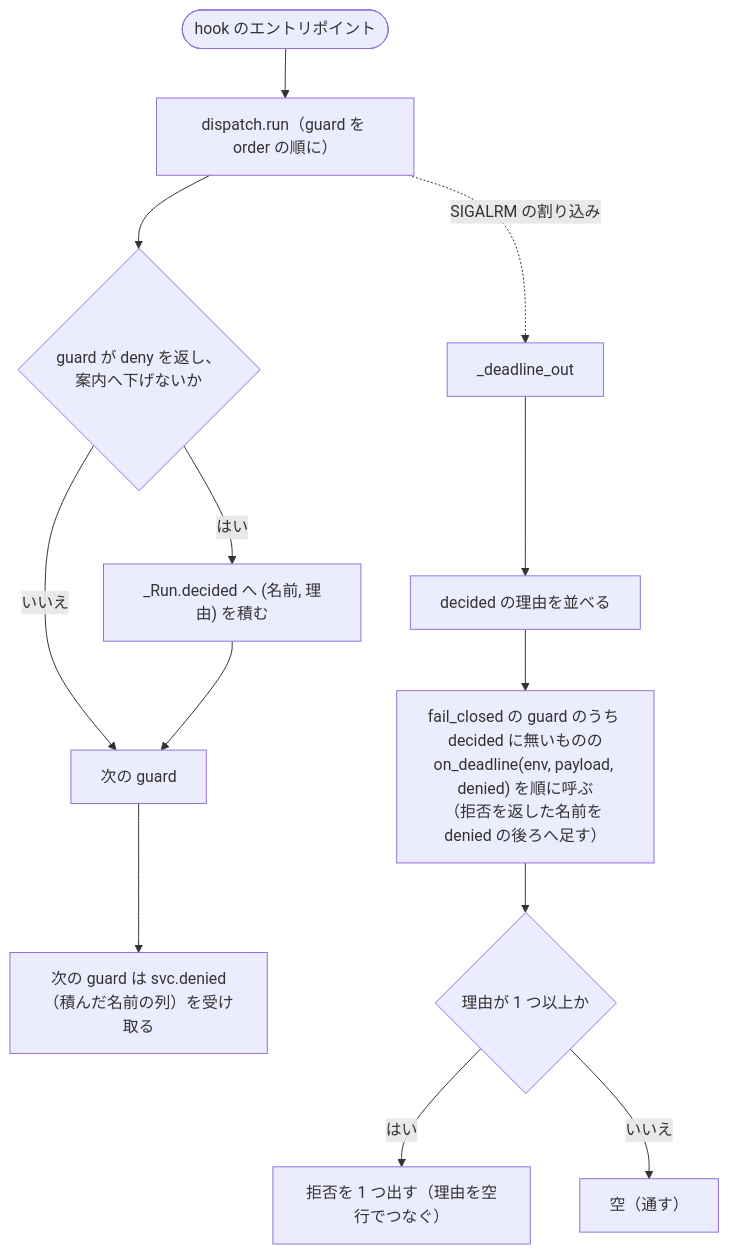
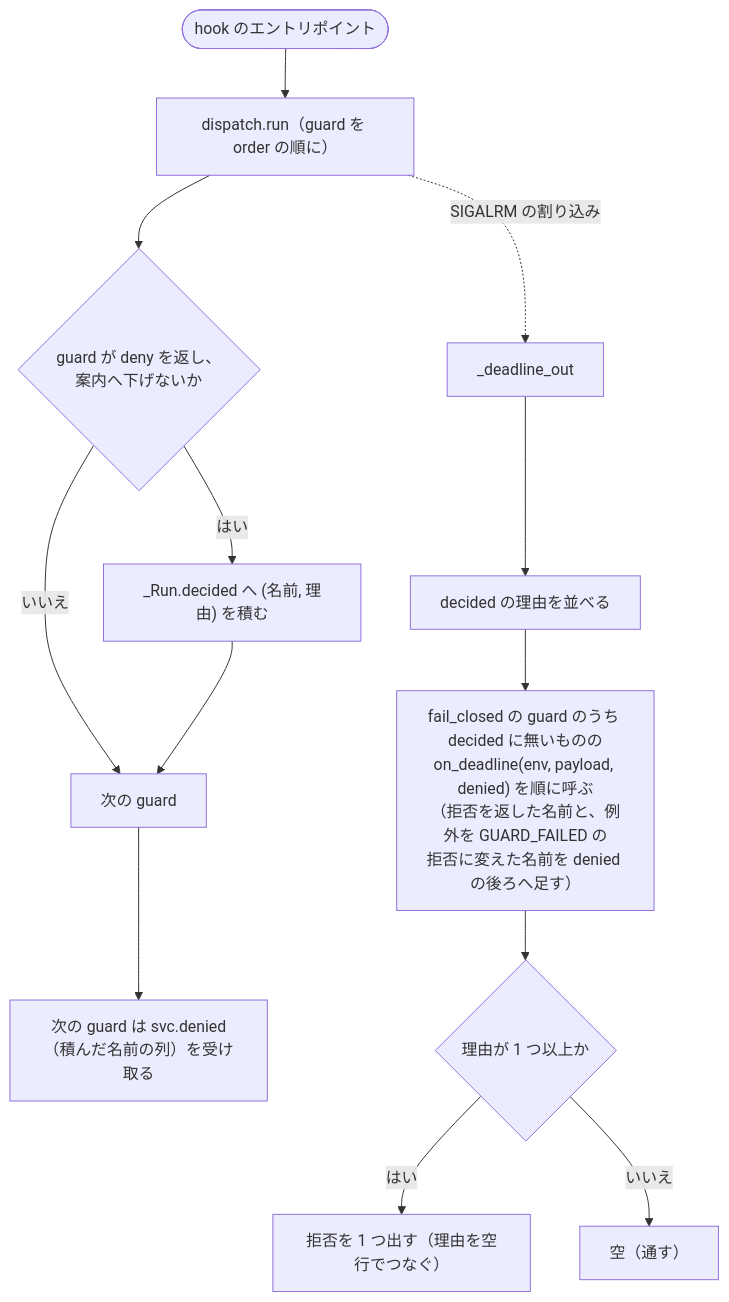
The third of 4 diagrams in issues/issue-4061-4062-4064-design.md (devbasex/ai-plugins), drawn with Mermaid before and after one commit. The commit also changed 1 other file, not shown here.

Commit message:
docs(design): 締め切りの denied に例外を拒否へ変えた guard を含めることを契約とフロー図へ反映 (#4061)

````diff
--- a/issues/issue-4061-4062-4064-design.md
+++ b/issues/issue-4061-4062-4064-design.md
@@ -116,15 +116,15 @@
 ```mermaid
 flowchart TB
   S([hook のエントリポイント]) --> G["dispatch.run（guard を order の順に）"]
   G --> C1{"guard が deny を返し、<br>案内へ下げないか"}
   C1 -- はい --> P["_Run.decided へ (名前, 理由) を積む"]
   C1 -- いいえ --> N["次の guard"]
   P --> N
   N --> G2["次の guard は svc.denied<br>（積んだ名前の列）を受け取る"]
   G -. "SIGALRM の割り込み" .-> DL["_deadline_out"]
   DL --> D1["decided の理由を並べる"]
-  D1 --> D2["fail_closed の guard のうち decided に無いものの<br>on_deadline(env, payload, denied) を順に呼ぶ<br>（拒否を返した名前を denied の後ろへ足す）"]
+  D1 --> D2["fail_closed の guard のうち decided に無いものの<br>on_deadline(env, payload, denied) を順に呼ぶ<br>（拒否を返した名前と、例外を GUARD_FAILED の<br>拒否に変えた名前を denied の後ろへ足す）"]
   D2 --> O{"理由が 1 つ以上か"}
   O -- はい --> DENY["拒否を 1 つ出す（理由を空行でつなぐ）"]
   O -- いいえ --> PASS["空（通す）"]
 ```
````
